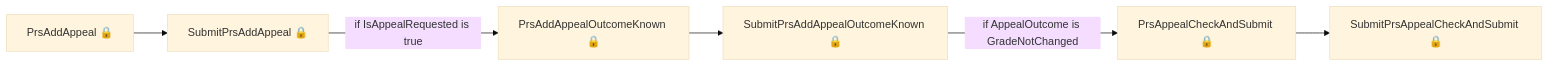
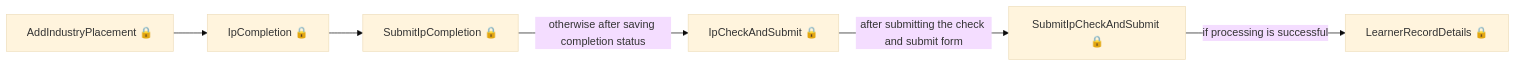
One commit to talentconsulting/atlas-dfe changed the seventh of 9 diagrams in tl-results-and-certification/user-journeys/user-journeys.md. Above: the diagram before and after it, drawn with Mermaid (base theme). The commit also changed other lines of this file and 6 other files, not shown here.

````diff
--- a/tl-results-and-certification/user-journeys/user-journeys.md
+++ b/tl-results-and-certification/user-journeys/user-journeys.md
@@ -110,8 +98,8 @@
 ```mermaid
 flowchart LR
-  p0["PrsAddAppeal 🔒"] --> p1["SubmitPrsAddAppeal 🔒"]
-  p1["SubmitPrsAddAppeal 🔒"] -->|"if IsAppealRequested is true"| p2["PrsAddAppealOutcomeKnown 🔒"]
-  p2["PrsAddAppealOutcomeKnown 🔒"] --> p3["SubmitPrsAddAppealOutcomeKnown 🔒"]
-  p3["SubmitPrsAddAppealOutcomeKnown 🔒"] -->|"if AppealOutcome is GradeNotChanged"| p4["PrsAppealCheckAndSubmit 🔒"]
-  p4["PrsAppealCheckAndSubmit 🔒"] --> p5["SubmitPrsAppealCheckAndSubmit 🔒"]
+  p0["AddIndustryPlacement 🔒"] --> p1["IpCompletion 🔒"]
+  p1["IpCompletion 🔒"] --> p2["SubmitIpCompletion 🔒"]
+  p2["SubmitIpCompletion 🔒"] -->|"otherwise after saving completion status"| p3["IpCheckAndSubmit 🔒"]
+  p3["IpCheckAndSubmit 🔒"] -->|"after submitting the check and submit form"| p4["SubmitIpCheckAndSubmit 🔒"]
+  p4["SubmitIpCheckAndSubmit 🔒"] -->|"if processing is successful"| p5["LearnerRecordDetails 🔒"]
 ```
````
